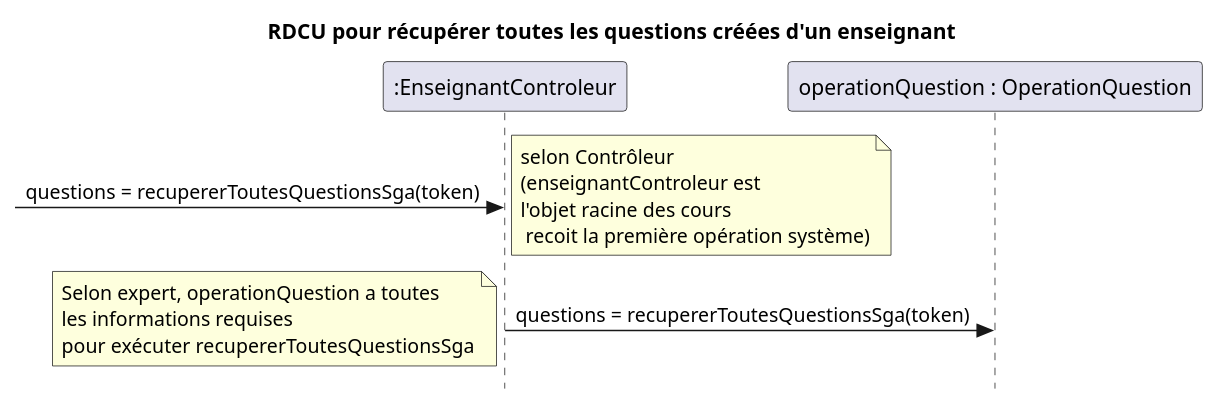
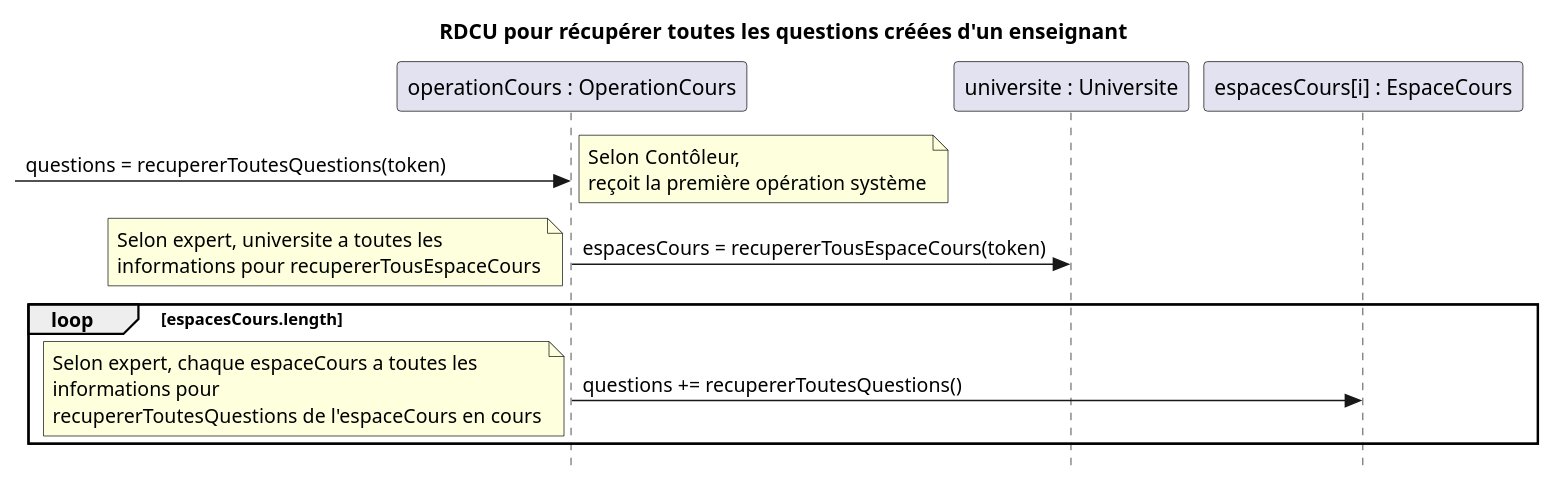
Before and after one commit to nerdz88/SGA-TS: the first of 2 diagrams in docs/Récupérer question/RDCU_Recuperer_Question.puml, drawn with PlantUML. The commit also changed other lines of this file and 39 other files, not shown here.

```diff
--- a/docs/Récupérer question/RDCU_Recuperer_Question.puml
+++ b/docs/Récupérer question/RDCU_Recuperer_Question.puml
@@ -1,12 +1,17 @@
 @startuml recupererTouteQuestion
 skinparam style strictuml
 skinparam defaultfontname Verdana
 title RDCU pour récupérer toutes les questions créées d'un enseignant
-participant ":EnseignantControleur" as controleur
-participant "operationQuestion : OperationQuestion" as mapCours
+participant "operationCours : OperationCours" as opCours
+participant "universite : Universite" as universite
+participant "espacesCours[i] : EspaceCours" as cours
 
-->controleur : questions = recupererToutesQuestionsSga(token)
-note right : selon Contrôleur\n(enseignantControleur est\nl'objet racine des cours\n recoit la première opération système)
-controleur -> mapCours : questions = recupererToutesQuestionsSga(token)
-note left : Selon expert, operationQuestion a toutes\nles informations requises\npour exécuter recupererToutesQuestionsSga
+->opCours : questions = recupererToutesQuestions(token)
+note left : Selon Contôleur,\nreçoit la première opération système
+opCours -> universite : espacesCours = recupererTousEspaceCours(token)
+note left : Selon expert, universite a toutes les\ninformations pour recupererTousEspaceCours
+loop espacesCours.length
+opCours -> cours : questions += recupererToutesQuestions()
+note left : Selon expert, chaque espaceCours a toutes les\ninformations pour\nrecupererToutesQuestions de l'espaceCours en cours
+end
 @enduml
```
